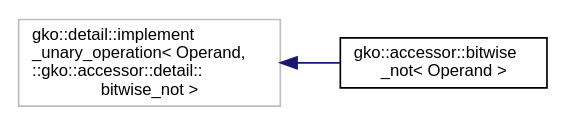
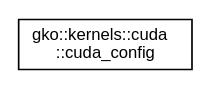
One commit to ginkgo-project/ginkgo changed the diagram in doc/develop/inherit_graph_3.dot. Above: the diagram before and after it, drawn with Graphviz. The commit also changed 991 other files, not shown here.

```diff
--- a/doc/develop/inherit_graph_3.dot
+++ b/doc/develop/inherit_graph_3.dot
@@ -1,10 +1,8 @@
 digraph "Graphical Class Hierarchy"
 {
  // INTERACTIVE_SVG=YES
   edge [fontname="Helvetica",fontsize="10",labelfontname="Helvetica",labelfontsize="10"];
   node [fontname="Helvetica",fontsize="10",shape=record];
   rankdir="LR";
-  Node1 [label="gko::detail::implement\l_unary_operation\< Operand,\l::gko::accessor::detail::\lbitwise_not \>",height=0.2,width=0.4,color="grey75", fillcolor="white", style="filled"];
-  Node1 -> Node2 [dir="back",color="midnightblue",fontsize="10",style="solid",fontname="Helvetica"];
-  Node2 [label="gko::accessor::bitwise\l_not\< Operand \>",height=0.2,width=0.4,color="black", fillcolor="white", style="filled",URL="$structgko_1_1accessor_1_1bitwise__not.html"];
+  Node1 [label="gko::kernels::cuda\l::cuda_config",height=0.2,width=0.4,color="black", fillcolor="white", style="filled",URL="$structgko_1_1kernels_1_1cuda_1_1cuda__config.html"];
 }
```
